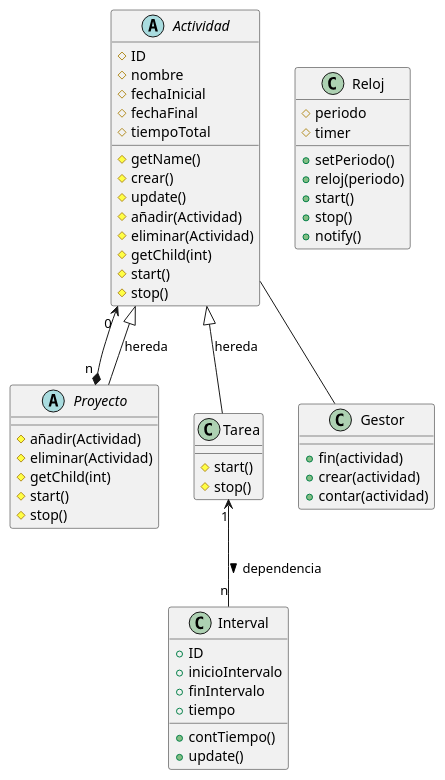
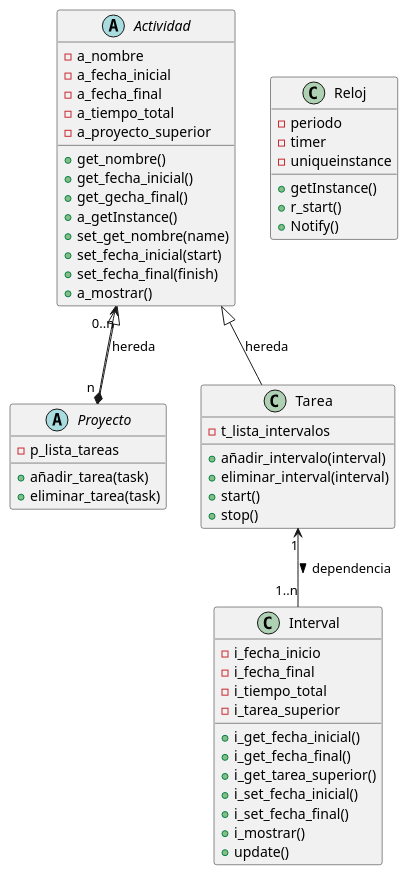
One commit to joan-mata/TimeTracker changed the diagram in src/TimeTrackerUML.puml. Above: the diagram before and after it, drawn with PlantUML. The commit also changed 10 other files, not shown here.

```diff
--- a/src/TimeTrackerUML.puml
+++ b/src/TimeTrackerUML.puml
@@ -1,63 +1,66 @@
 @startuml
 
-Actividad "0 " <--* "n " Proyecto
+Actividad "0..n" <--* "n " Proyecto
 Actividad <|-- Proyecto : hereda
 Actividad <|-- Tarea : hereda
-Tarea "1" <-- "n" Interval : dependencia >
-Actividad -- Gestor
+Tarea "1" <-- "1..n" Interval : dependencia >
 
 Abstract Actividad {
-#ID
-#nombre
-#fechaInicial
-#fechaFinal
-#tiempoTotal
+-a_nombre
+-a_fecha_inicial
+-a_fecha_final
+-a_tiempo_total
+-a_proyecto_superior
 
-#getName()
-#crear()
-#update()
-#añadir(Actividad)
-#eliminar(Actividad)
-#getChild(int)
-#start()
-#stop()
++get_nombre()
++get_fecha_inicial()
++get_gecha_final()
++a_getInstance()
++set_get_nombre(name)
++set_fecha_inicial(start)
++set_fecha_final(finish)
++a_mostrar()
 }
 
 Abstract Proyecto {
-#añadir(Actividad)
-#eliminar(Actividad)
-#getChild(int)
-#start()
-#stop()
+-p_lista_tareas
+
++añadir_tarea(task)
++eliminar_tarea(task)
 }
 
 Class Tarea {
-#start()
-#stop()
+-t_lista_intervalos
+
++añadir_intervalo(interval)
++eliminar_interval(interval)
++start()
++stop()
 }
 
 Class Interval {
-+ID
-+inicioIntervalo
-+finIntervalo
-+tiempo
-+contTiempo()
+-i_fecha_inicio
+-i_fecha_final
+-i_tiempo_total
+-i_tarea_superior
+
++i_get_fecha_inicial()
++i_get_fecha_final()
++i_get_tarea_superior()
++i_set_fecha_inicial()
++i_set_fecha_final()
++i_mostrar()
 +update()
 }
 
 Class Reloj {
-#periodo
-#timer
-+setPeriodo()
-+reloj(periodo)
-+start()
-+stop()
-+notify()
+-periodo
+-timer
+-uniqueinstance
+
++getInstance()
++r_start()
++Notify()
 }
 
-Class Gestor {
-+fin(actividad)
-+crear(actividad)
-+contar(actividad)
-}
 @enduml
```
